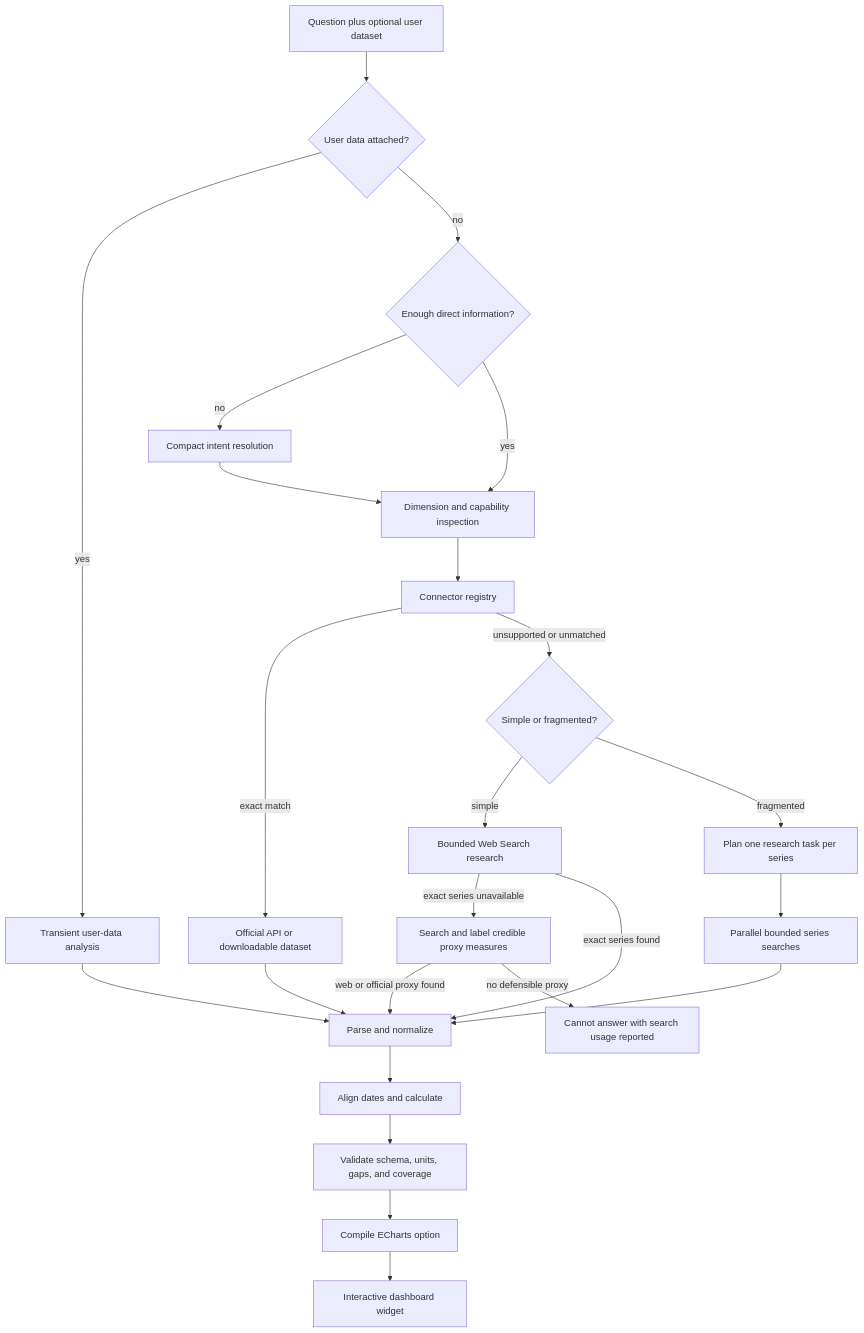
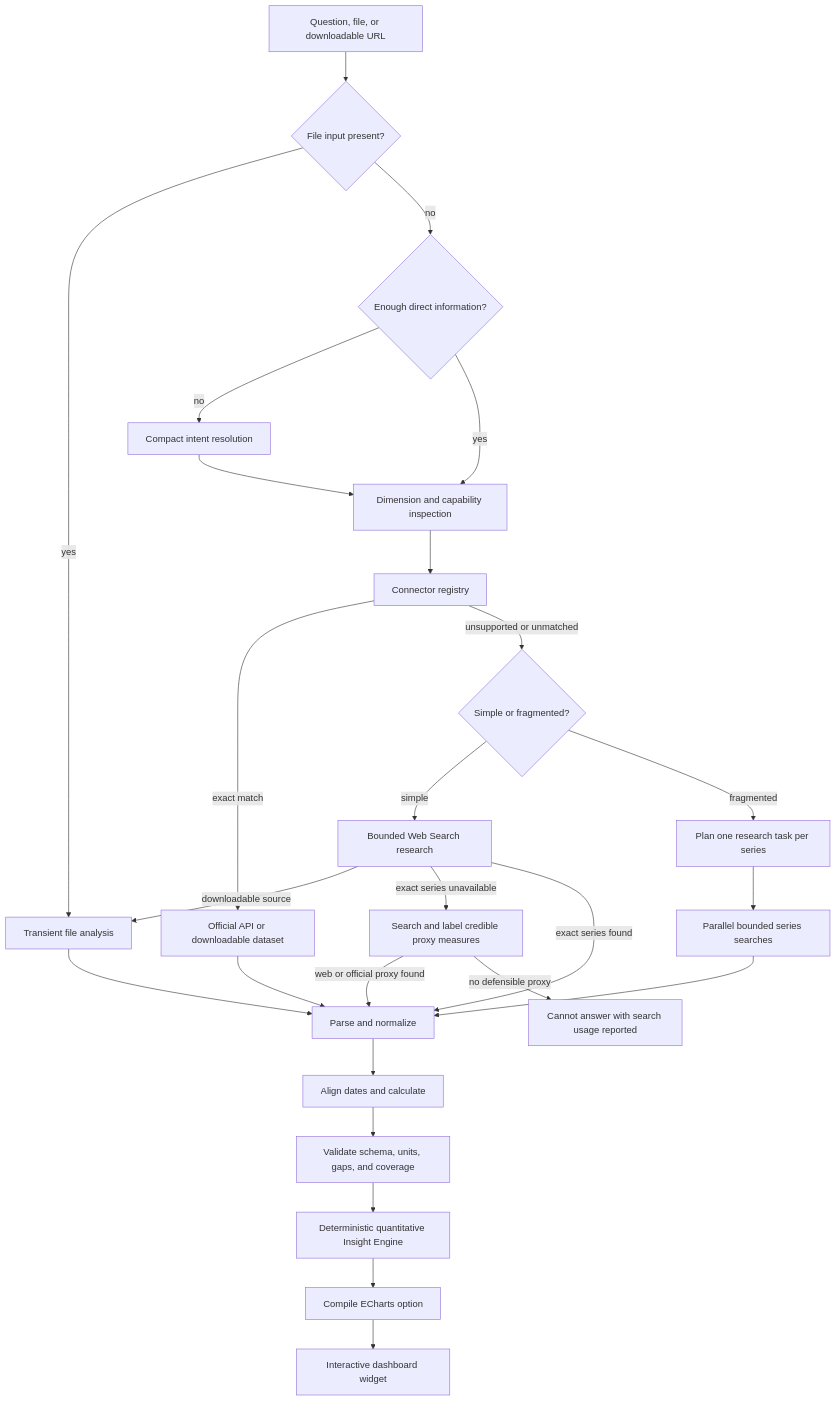
One commit to weifanwu/polaris changed the diagram in docs/ARCHITECTURE.md. Above: the diagram before and after it, drawn with Mermaid. The commit also changed other lines of this file and 21 other files, not shown here.

````diff
--- a/docs/ARCHITECTURE.md
+++ b/docs/ARCHITECTURE.md
@@ -7,26 +7,28 @@
 ```mermaid
 flowchart TD
-    A["Question plus optional user dataset"] --> U{"User data attached?"}
-    U -->|"yes"| UA["Transient user-data analysis"]
+    A["Question, file, or downloadable URL"] --> U{"File input present?"}
+    U -->|"yes"| UA["Transient file analysis"]
     U -->|"no"| B{"Enough direct information?"}
     B -->|"no"| C["Compact intent resolution"]
     B -->|"yes"| X["Dimension and capability inspection"]
     C --> X
     X --> D["Connector registry"]
     D -->|"exact match"| E["Official API or downloadable dataset"]
     D -->|"unsupported or unmatched"| R{"Simple or fragmented?"}
     R -->|"simple"| F["Bounded Web Search research"]
     R -->|"fragmented"| RP["Plan one research task per series"]
     RP --> RS["Parallel bounded series searches"]
     RS --> G
+    F -->|"downloadable source"| UA
     F -->|"exact series unavailable"| P["Search and label credible proxy measures"]
     P -->|"web or official proxy found"| G
     P -->|"no defensible proxy"| Q["Cannot answer with search usage reported"]
     UA --> G["Parse and normalize"]
     E --> G
     F -->|"exact series found"| G
     G --> H["Align dates and calculate"]
     H --> I["Validate schema, units, gaps, and coverage"]
-    I --> J["Compile ECharts option"]
+    I --> N["Deterministic quantitative Insight Engine"]
+    N --> J["Compile ECharts option"]
     J --> K["Interactive dashboard widget"]
 ```
````
